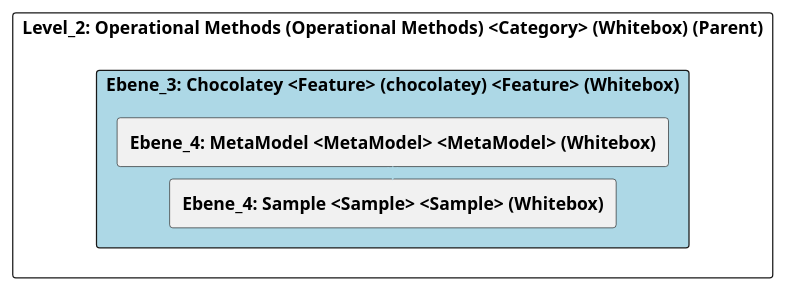
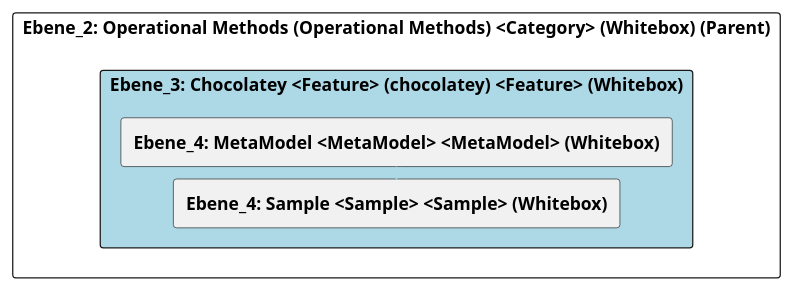
Before and after one commit to marcozwyssig/cleon: the diagram in doc/cleonproject_deliverables_architecture_model_architecture/adoc/de/05_bausteinsicht/cleon/operational_methods/chocolatey/ebene_3_chocolatey.adoc, drawn with PlantUML. The commit also changed other lines of this file and 620 other files, not shown here.

```diff
--- a/doc/cleonproject_deliverables_architecture_model_architecture/adoc/de/05_bausteinsicht/cleon/operational_methods/chocolatey/ebene_3_chocolatey.adoc
+++ b/doc/cleonproject_deliverables_architecture_model_architecture/adoc/de/05_bausteinsicht/cleon/operational_methods/chocolatey/ebene_3_chocolatey.adoc
@@ -20,28 +20,28 @@
 [plantuml, Ebene_3: Chocolatey <Feature> (chocolatey) <Feature> (Whitebox)BlockOverview, format="svg"]
 ----
 @startuml Ebene_3: Chocolatey <Feature> (chocolatey) <Feature> (Whitebox)BuildingBlockOverview
 
 skinparam ranksep 10
 skinparam componentStyle rectangle
 skinparam shadowing false
 skinparam arrowColor lightblue
 skinparam arrowThickness 1.2
 skinparam rectangle {
   BackgroundColor White
   BorderColor #333
   RoundCorner 10
 }
 top to bottom direction
 
-component "Level_2: Operational Methods (Operational Methods) <Category> (Whitebox) (Parent)" {
+component "Ebene_2: Operational Methods (Operational Methods) <Category> (Whitebox) (Parent)" {
     component "Ebene_3: Chocolatey <Feature> (chocolatey) <Feature> (Whitebox)" #lightblue {
         [**Ebene_4: MetaModel <MetaModel> <MetaModel> (Whitebox)**] as 4A570576_D579_11EE_903E_9F564E4DE07E
         [**Ebene_4: Sample <Sample> <Sample> (Whitebox)**] as 4A56DE3C_D579_11EE_903E_9F564E4DE07E
     }
 
     4A570576_D579_11EE_903E_9F564E4DE07E -down-> 4A56DE3C_D579_11EE_903E_9F564E4DE07E
     
 }
 
 @enduml
 ----
```
